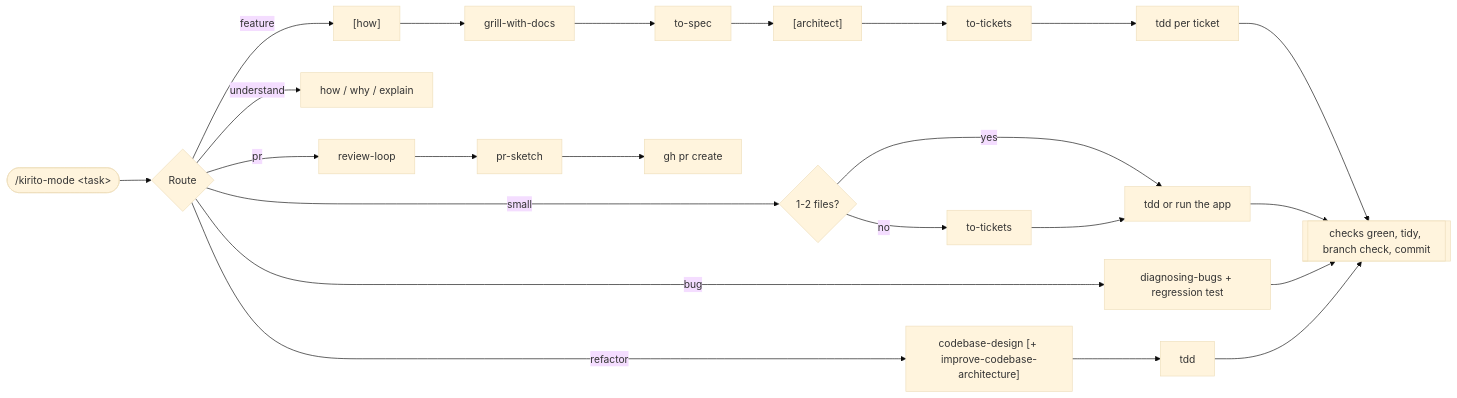
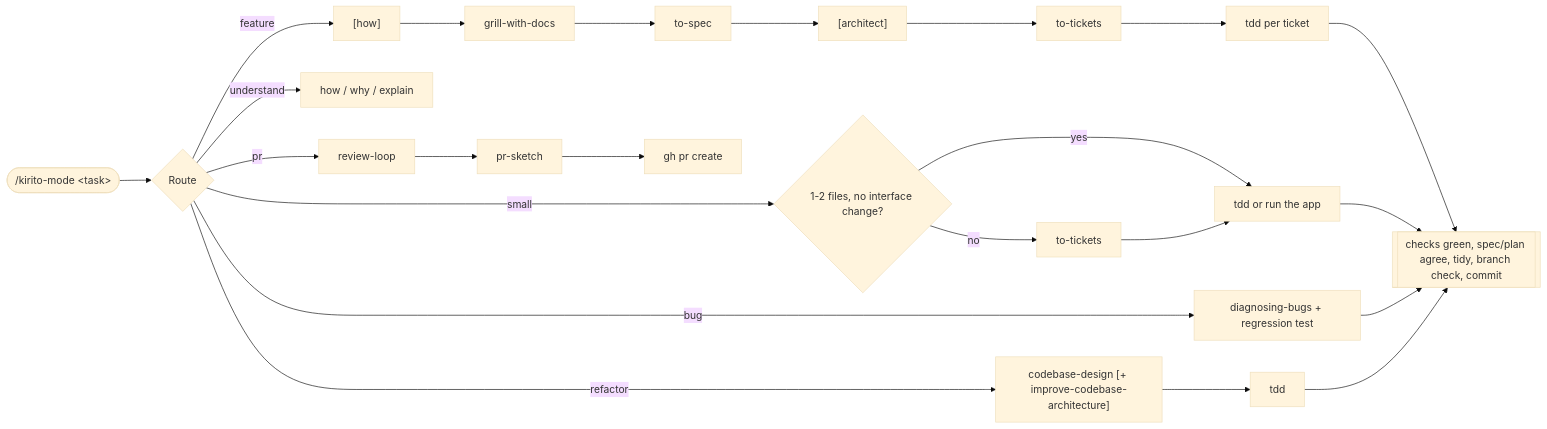
Before and after one commit to minhhuy1201/hkirito: the first of 3 diagrams in README.md, drawn with Mermaid (base theme). The commit also changed other lines of this file and 1 other file, not shown here.

Commit message:
docs: fix readme diagram accuracy and learn route wording
Address review nits: small-route interface condition, spec/plan step in finish node, bracket legend scope. learn stays user-only, so the understand route suggests /learn instead of invoking it.

````diff
--- a/README.md
+++ b/README.md
@@ -7,15 +7,15 @@
 ```mermaid
 flowchart LR
     T(["/kirito-mode &lt;task&gt;"]) --> R{Route}
 
     R -->|feature| F1["[how]"] --> F2[grill-with-docs] --> F3[to-spec] --> F4["[architect]"] --> F5[to-tickets] --> F6[tdd per ticket] --> FIN
-    R -->|small| S1{1-2 files?}
+    R -->|small| S1{"1-2 files, no interface change?"}
     S1 -->|yes| S2[tdd or run the app] --> FIN
     S1 -->|no| S3[to-tickets] --> S2
     R -->|bug| B1[diagnosing-bugs + regression test] --> FIN
     R -->|refactor| X1["codebase-design [+ improve-codebase-architecture]"] --> X2[tdd] --> FIN
     R -->|understand| U1[how / why / explain]
     R -->|pr| P1[review-loop] --> P2[pr-sketch] --> P3[gh pr create]
 
-    FIN[["checks green, tidy, branch check, commit"]]
+    FIN[["checks green, spec/plan agree, tidy, branch check, commit"]]
 ```
````
